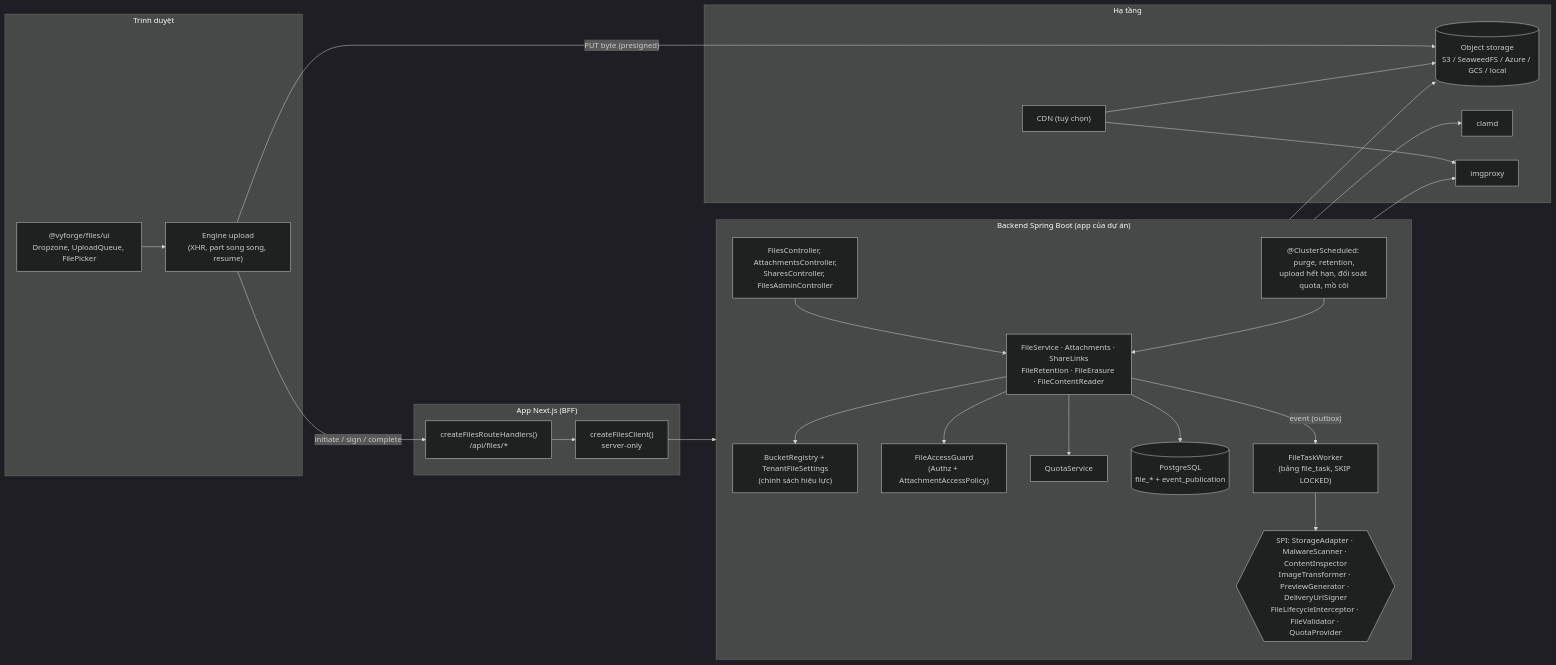
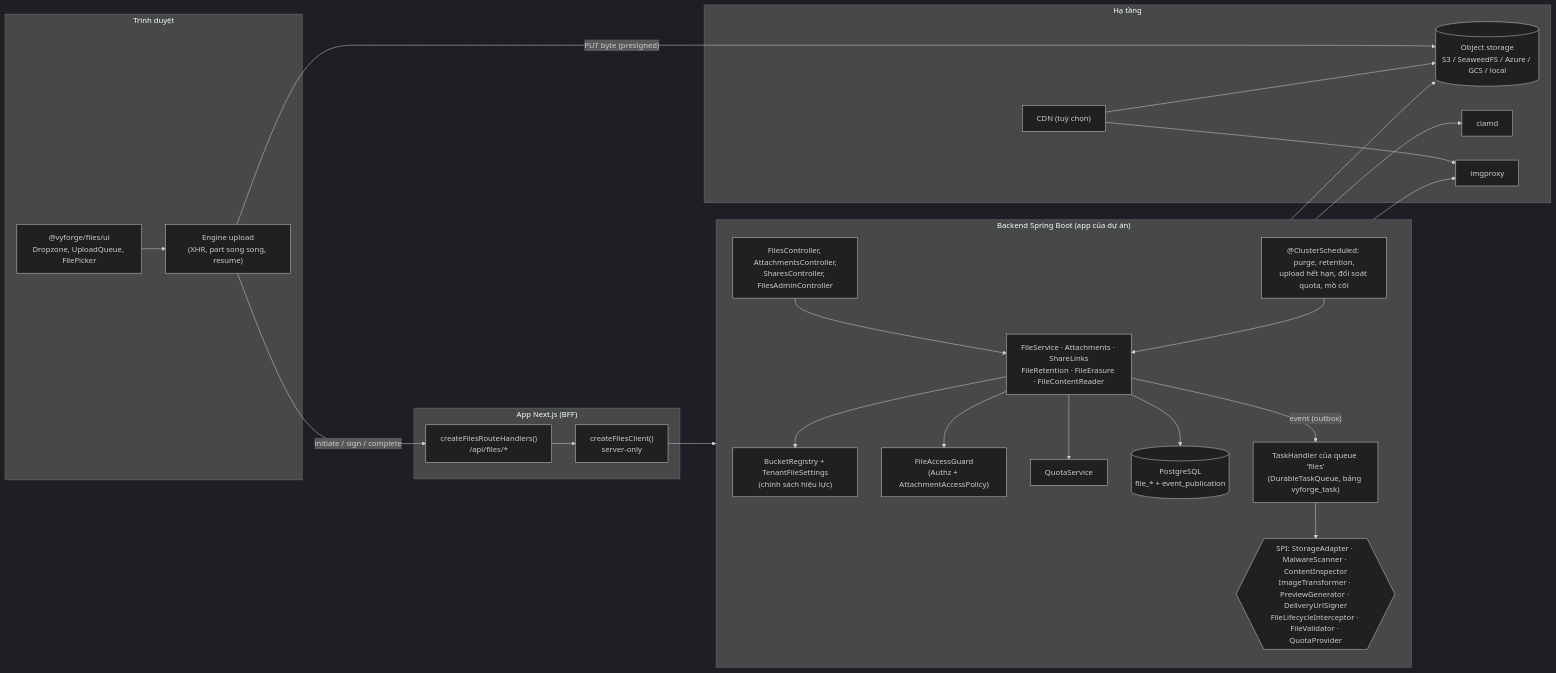
Before and after one commit to vyforge/.github: the first of 7 diagrams in docs/design/files.md, drawn with Mermaid (dark theme). The commit also changed other lines of this file, not shown here.

Commit message:
docs(design): files uses the shared P1 foundation (SecretCipher, DurableTaskQueue, StarterSchemaMigrator)

````diff
--- a/docs/design/files.md
+++ b/docs/design/files.md
@@ -158,40 +159,40 @@
 ```mermaid
 flowchart LR
   subgraph Browser["Trình duyệt"]
     UI["@vyforge/files/ui<br/>Dropzone, UploadQueue, FilePicker"]
     ENG["Engine upload<br/>(XHR, part song song, resume)"]
   end
   subgraph Next["App Next.js (BFF)"]
     RH["createFilesRouteHandlers()<br/>/api/files/*"]
     FC["createFilesClient()<br/>server-only"]
   end
   subgraph App["Backend Spring Boot (app của dự án)"]
     direction TB
     REST["FilesController, AttachmentsController,<br/>SharesController, FilesAdminController"]
     API["FileService · Attachments · ShareLinks<br/>FileRetention · FileErasure · FileContentReader"]
     POL["BucketRegistry + TenantFileSettings<br/>(chính sách hiệu lực)"]
     ACC["FileAccessGuard<br/>(Authz + AttachmentAccessPolicy)"]
     Q["QuotaService"]
-    TASK["FileTaskWorker<br/>(bảng file_task, SKIP LOCKED)"]
+    TASK["TaskHandler của queue 'files'<br/>(DurableTaskQueue, bảng vyforge_task)"]
     JOBS["@ClusterScheduled: purge, retention,<br/>upload hết hạn, đối soát quota, mồ côi"]
     SPI{{"SPI: StorageAdapter · MalwareScanner · ContentInspector<br/>ImageTransformer · PreviewGenerator · DeliveryUrlSigner<br/>FileLifecycleInterceptor · FileValidator · QuotaProvider"}}
     DB[("PostgreSQL<br/>file_* + event_publication")]
   end
   subgraph Infra["Hạ tầng"]
     S3[("Object storage<br/>S3 / SeaweedFS / Azure / GCS / local")]
     AV["clamd"]
     IMG["imgproxy"]
     CDN["CDN (tuỳ chọn)"]
   end
   UI --> ENG
   ENG -- "initiate / sign / complete" --> RH --> FC --> REST
   ENG -- "PUT byte (presigned)" --> S3
   REST --> API --> POL & ACC & Q
   API --> DB
   API -- "event (outbox)" --> TASK
   TASK --> SPI
   JOBS --> API
   SPI --> S3 & AV & IMG
   CDN --> S3
   CDN --> IMG
 ```
````
